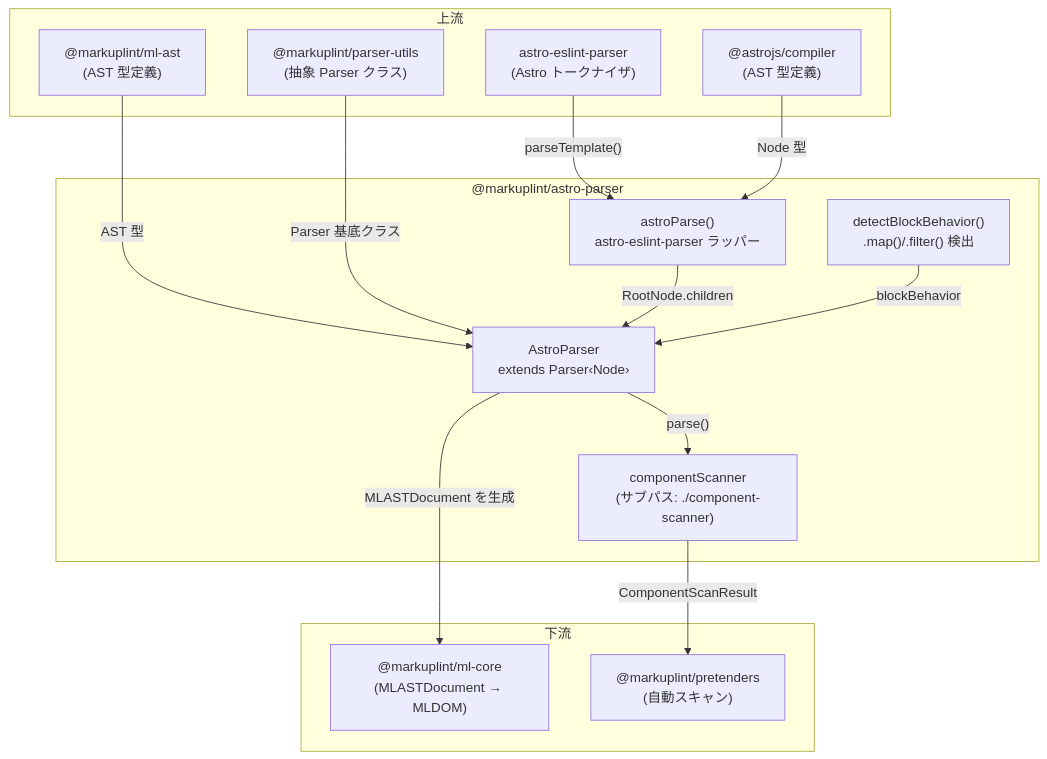
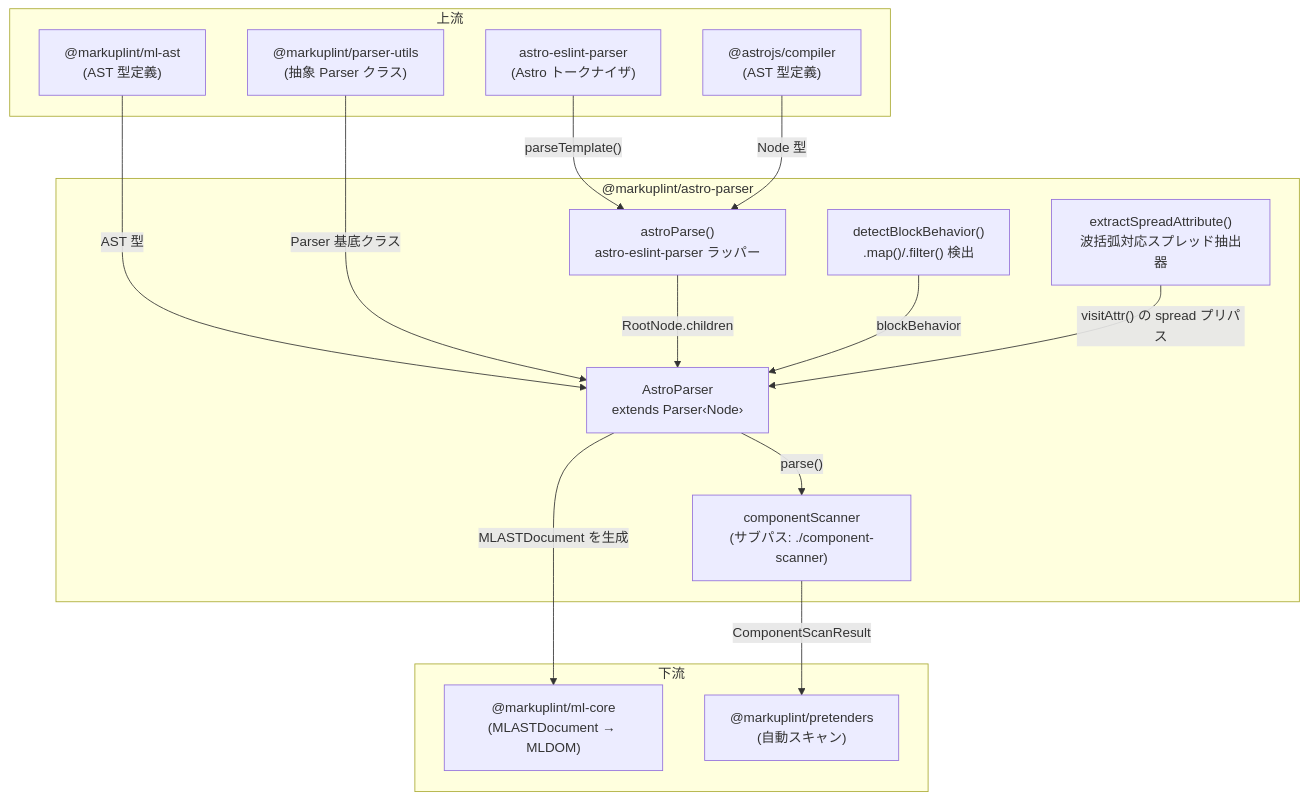
One commit to markuplint/markuplint changed the diagram in packages/@markuplint/astro-parser/ARCHITECTURE.ja.md. Above: the diagram before and after it, drawn with Mermaid. The commit also changed other lines of this file and 3 other files, not shown here.

First line of the commit message:
docs(astro-parser): show spread extractor in diagram, recipe, and independence note

````diff
--- a/packages/@markuplint/astro-parser/ARCHITECTURE.ja.md
+++ b/packages/@markuplint/astro-parser/ARCHITECTURE.ja.md
@@ -23,31 +23,33 @@
 ```mermaid
 flowchart TD
     subgraph upstream ["上流"]
         mlAst["@markuplint/ml-ast\n(AST 型定義)"]
         parserUtils["@markuplint/parser-utils\n(抽象 Parser クラス)"]
         astroEslintParser["astro-eslint-parser\n(Astro トークナイザ)"]
         astroCompiler["@astrojs/compiler\n(AST 型定義)"]
     end
 
     subgraph pkg ["@markuplint/astro-parser"]
         astroParser["AstroParser\nextends Parser‹Node›"]
         astroParseFn["astroParse()\nastro-eslint-parser ラッパー"]
         detectBlock["detectBlockBehavior()\n.map()/.filter() 検出"]
+        spreadAttr["extractSpreadAttribute()\n波括弧対応スプレッド抽出器"]
         compScanner["componentScanner\n(サブパス: ./component-scanner)"]
     end
 
     subgraph downstream ["下流"]
         mlCore["@markuplint/ml-core\n(MLASTDocument → MLDOM)"]
         pretenders["@markuplint/pretenders\n(自動スキャン)"]
     end
 
     mlAst -->|"AST 型"| astroParser
     parserUtils -->|"Parser 基底クラス"| astroParser
     astroEslintParser -->|"parseTemplate()"| astroParseFn
     astroCompiler -->|"Node 型"| astroParseFn
     astroParseFn -->|"RootNode.children"| astroParser
     detectBlock -->|"blockBehavior"| astroParser
+    spreadAttr -->|"visitAttr() の spread プリパス"| astroParser
     astroParser -->|"MLASTDocument を生成"| mlCore
     astroParser -->|"parse()"| compScanner
     compScanner -->|"ComponentScanResult"| pretenders
 ```
````
